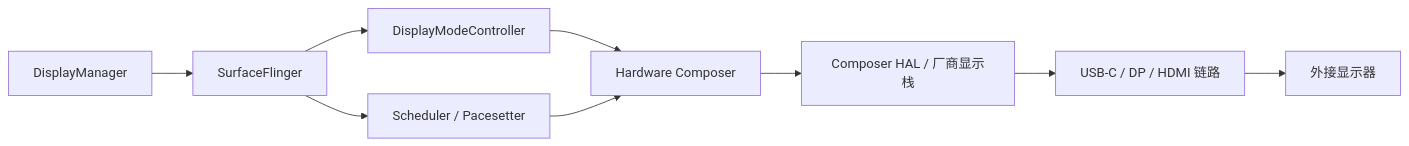
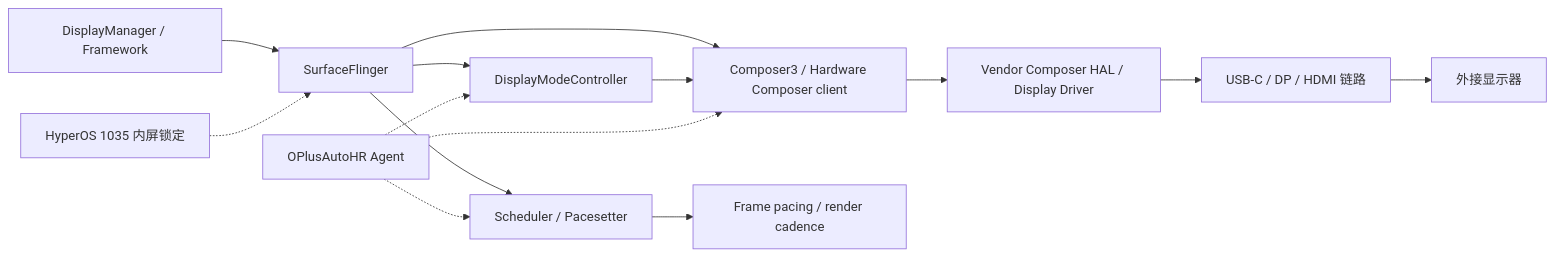
Before and after one commit to Kimuinaii/OPlusAutoHR: the second of 6 diagrams in README.md, drawn with Mermaid. The commit also changed other lines of this file, not shown here.

Commit message:
docs: correct architecture flow to match Canary 1.0 runtime

````diff
--- a/README.md
+++ b/README.md
@@ -110,11 +136,17 @@
 ```mermaid
 flowchart LR
-    A[DisplayManager] --> B[SurfaceFlinger]
-    B --> C[DisplayModeController]
-    B --> D[Scheduler / Pacesetter]
-    C --> E[Hardware Composer]
-    D --> E
-    E --> F[Composer HAL / 厂商显示栈]
-    F --> G[USB-C / DP / HDMI 链路]
-    G --> H[外接显示器]
+    A["DisplayManager / Framework"] --> B["SurfaceFlinger"]
+    B --> C["DisplayModeController"]
+    B --> D["Scheduler / Pacesetter"]
+    B --> E["Composer3 / Hardware Composer client"]
+    C --> E
+    E --> F["Vendor Composer HAL / Display Driver"]
+    F --> G["USB-C / DP / HDMI 链路"]
+    G --> H["外接显示器"]
+    D --> I["Frame pacing / render cadence"]
+
+    O["OPlusAutoHR Agent"] -.-> C
+    O -.-> D
+    O -.-> E
+    X["HyperOS 1035 内屏锁定"] -.-> B
 ```
````
